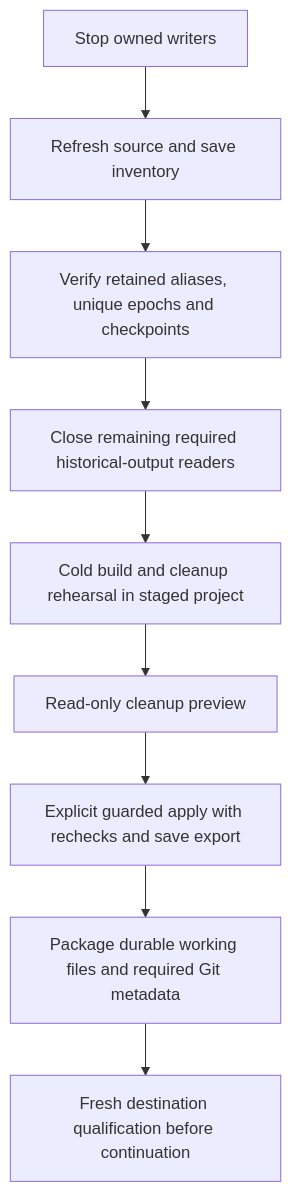
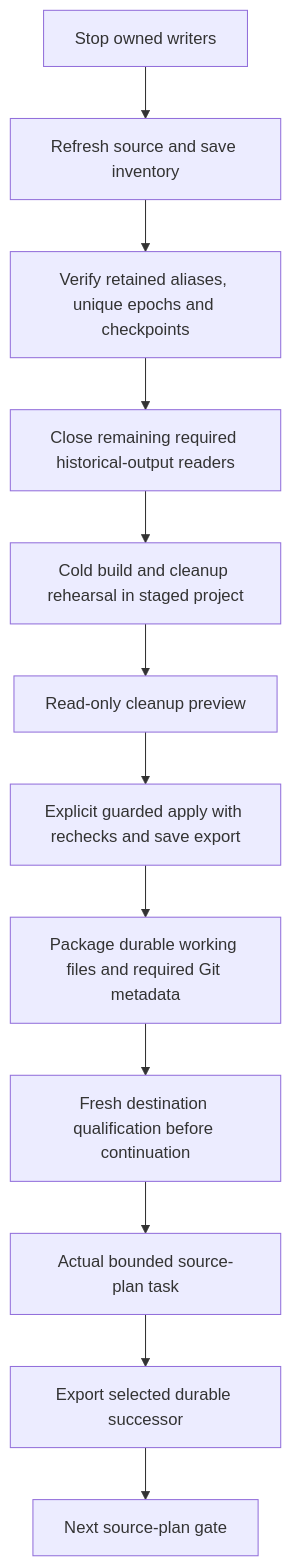
The fourth of 4 diagrams in docs/zz-reach2/architecture/archi-historical-debug.md (Kyliathy/OpenTTD), drawn with Mermaid before and after one commit. The commit also changed other lines of this file and 4182 other files, not shown here.

````diff
--- a/docs/zz-reach2/architecture/archi-historical-debug.md
+++ b/docs/zz-reach2/architecture/archi-historical-debug.md
@@ -272,11 +439,14 @@
 ```mermaid
 flowchart TD
     Stop["Stop owned writers"] --> Inventory["Refresh source and save inventory"]
     Inventory --> Preserve["Verify retained aliases, unique epochs and checkpoints"]
     Preserve --> Migrate["Close remaining required historical-output readers"]
     Migrate --> Rehearse["Cold build and cleanup rehearsal in staged project"]
     Rehearse --> Preview["Read-only cleanup preview"]
     Preview --> Apply["Explicit guarded apply with rechecks and save export"]
     Apply --> Package["Package durable working files and required Git metadata"]
     Package --> Recover["Fresh destination qualification before continuation"]
+    Recover --> Task["Actual bounded source-plan task"]
+    Task --> Successor["Export selected durable successor"]
+    Successor --> Next["Next source-plan gate"]
 ```
````
